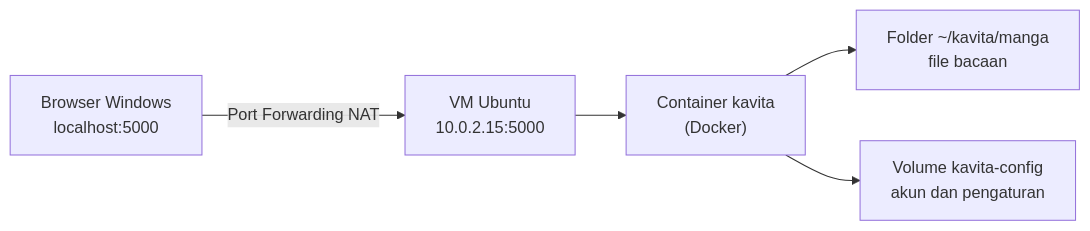
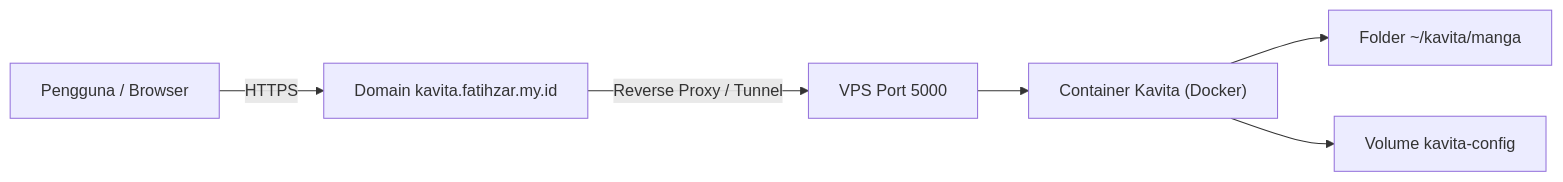
The diagram in README.md (Wafiirbn/kavita-selfhosted), drawn with Mermaid before and after one commit. The commit also changed other lines of this file, not shown here.

First line of the commit message:
ubah sekilas tentang dan instalasi

````diff
--- a/README.md
+++ b/README.md
@@ -45,7 +45,12 @@
 ```mermaid
 flowchart LR
-    B["Browser Windows<br/>localhost:5000"] -->|Port Forwarding NAT| V["VM Ubuntu<br/>10.0.2.15:5000"]
-    V --> D["Container kavita<br/>(Docker)"]
-    D --> F["Folder ~/kavita/manga<br/>file bacaan"]
-    D --> C["Volume kavita-config<br/>akun dan pengaturan"]
+    U["Pengguna / Browser"] -->|HTTPS| D["Domain kavita.fatihzar.my.id"]
+    D -->|Reverse Proxy / Tunnel| S["VPS Port 5000"]
+
+
+    S --> C["Container Kavita (Docker)"]
+    C --> F["Folder ~/kavita/manga"]
+    C --> V["Volume kavita-config"]
+
+
 ```
````
